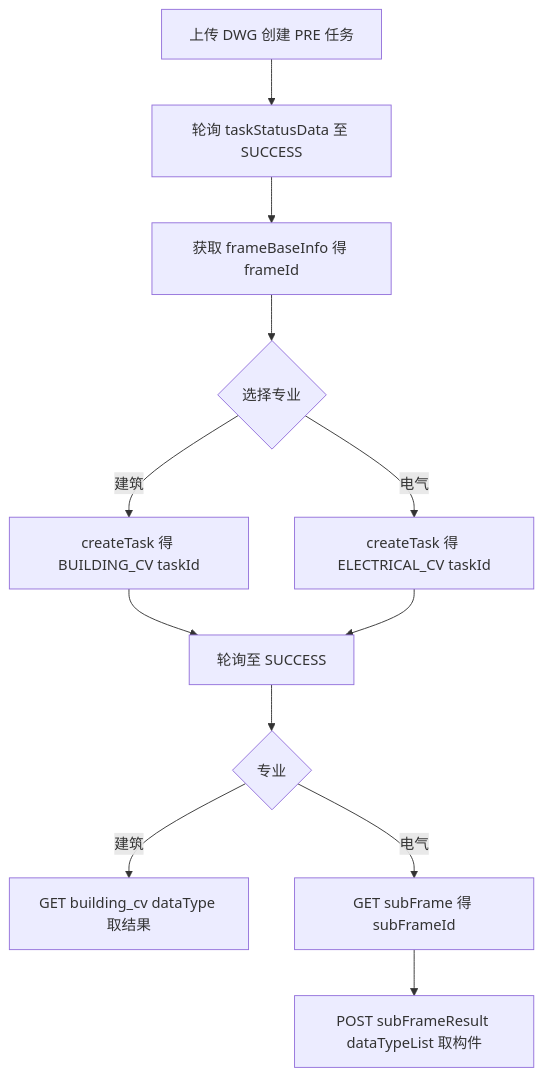
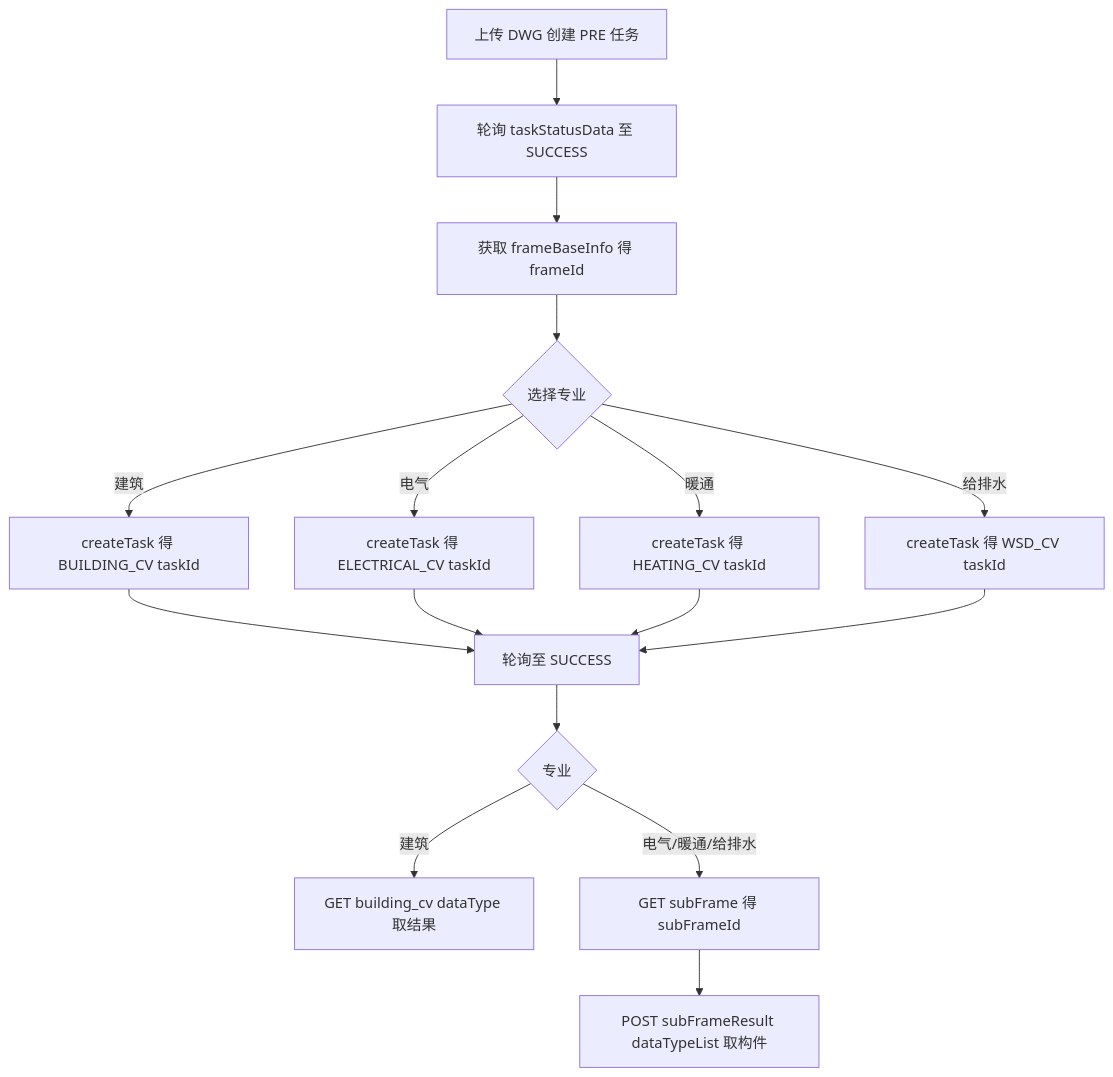
Before and after one commit to Bangtu-ai/bangtu-open-mcp: the diagram in plans/bangtu-open-mcp-design.md, drawn with Mermaid. The commit also changed other lines of this file and 17 other files, not shown here.

````diff
--- a/plans/bangtu-open-mcp-design.md
+++ b/plans/bangtu-open-mcp-design.md
@@ -290,14 +414,18 @@
 ```mermaid
 flowchart TD
     A[上传 DWG 创建 PRE 任务] --> B[轮询 taskStatusData 至 SUCCESS]
     B --> C[获取 frameBaseInfo 得 frameId]
     C --> D{选择专业}
     D -->|建筑| E[createTask 得 BUILDING_CV taskId]
     D -->|电气| F[createTask 得 ELECTRICAL_CV taskId]
+    D -->|暖通| H1[createTask 得 HEATING_CV taskId]
+    D -->|给排水| W1[createTask 得 WSD_CV taskId]
     E --> G[轮询至 SUCCESS]
     F --> G
+    H1 --> G
+    W1 --> G
     G --> H{专业}
     H -->|建筑| I[GET building_cv dataType 取结果]
-    H -->|电气| J[GET subFrame 得 subFrameId]
+    H -->|电气/暖通/给排水| J[GET subFrame 得 subFrameId]
     J --> K[POST subFrameResult dataTypeList 取构件]
 ```
````
